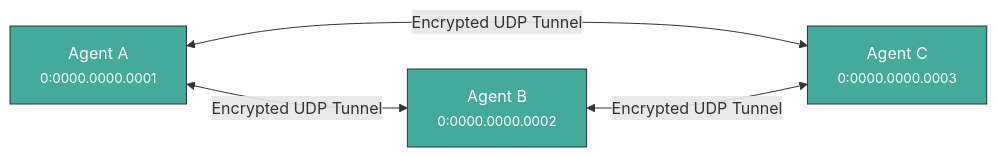
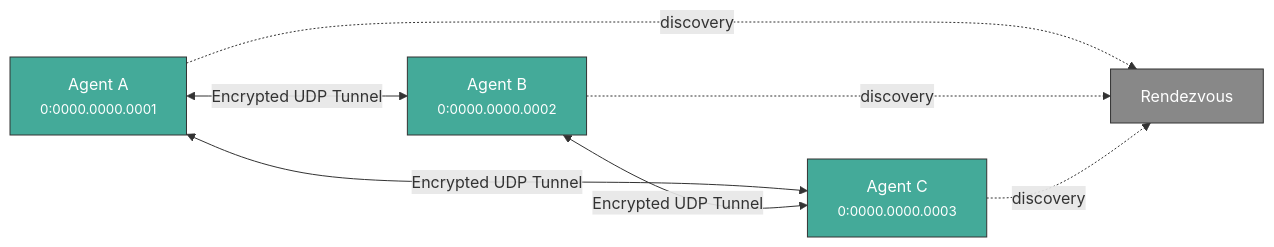
The second of 3 diagrams in README.md (TeoSlayer/pilotprotocol), drawn with Mermaid before and after one commit. The commit also changed other lines of this file and 73 other files, not shown here.

````diff
--- a/README.md
+++ b/README.md
@@ -70,9 +70,13 @@
 ```mermaid
 graph LR
     A1[Agent A<br/><small>0:0000.0000.0001</small>] <-->|Encrypted UDP Tunnel| A2[Agent B<br/><small>0:0000.0000.0002</small>]
     A1 <-->|Encrypted UDP Tunnel| A3[Agent C<br/><small>0:0000.0000.0003</small>]
     A2 <-->|Encrypted UDP Tunnel| A3
+    A1 -.->|discovery| RV[Rendezvous]
+    A2 -.->|discovery| RV
+    A3 -.->|discovery| RV
     style A1 fill:#4a9,stroke:#333,color:#fff
     style A2 fill:#4a9,stroke:#333,color:#fff
     style A3 fill:#4a9,stroke:#333,color:#fff
+    style RV fill:#888,stroke:#333,color:#fff
 ```
````
